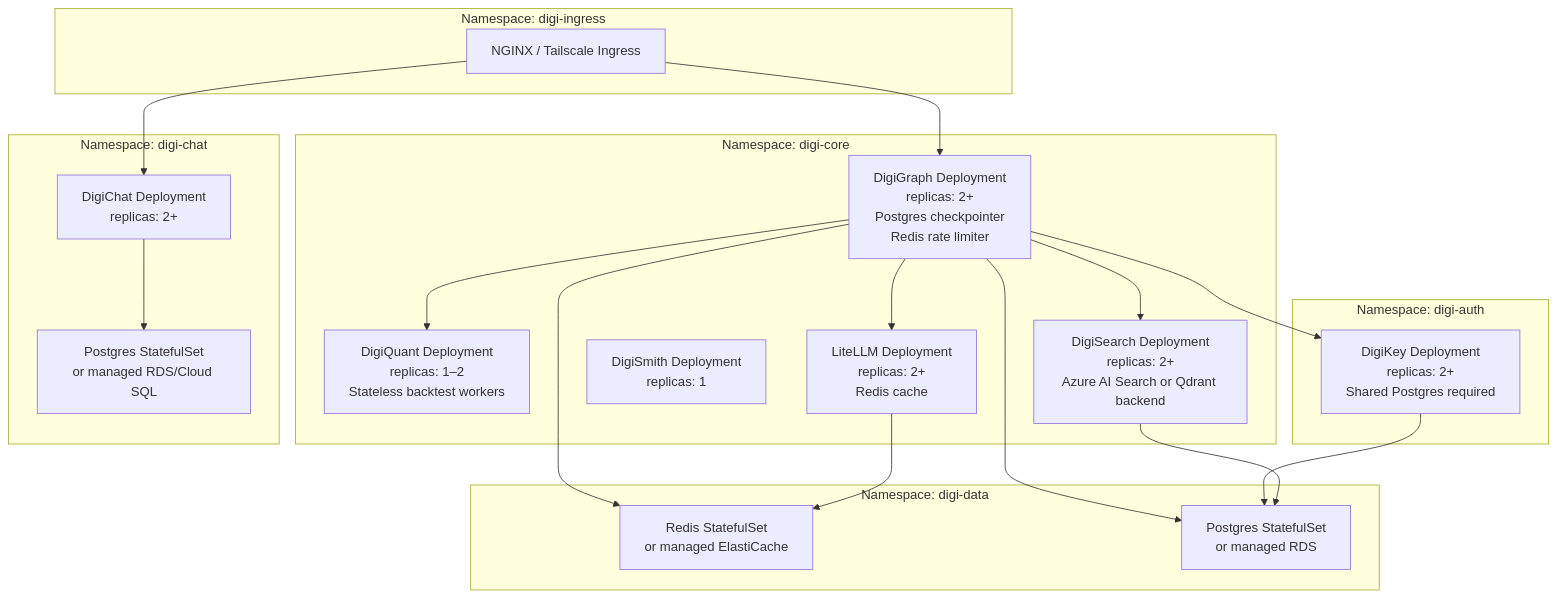
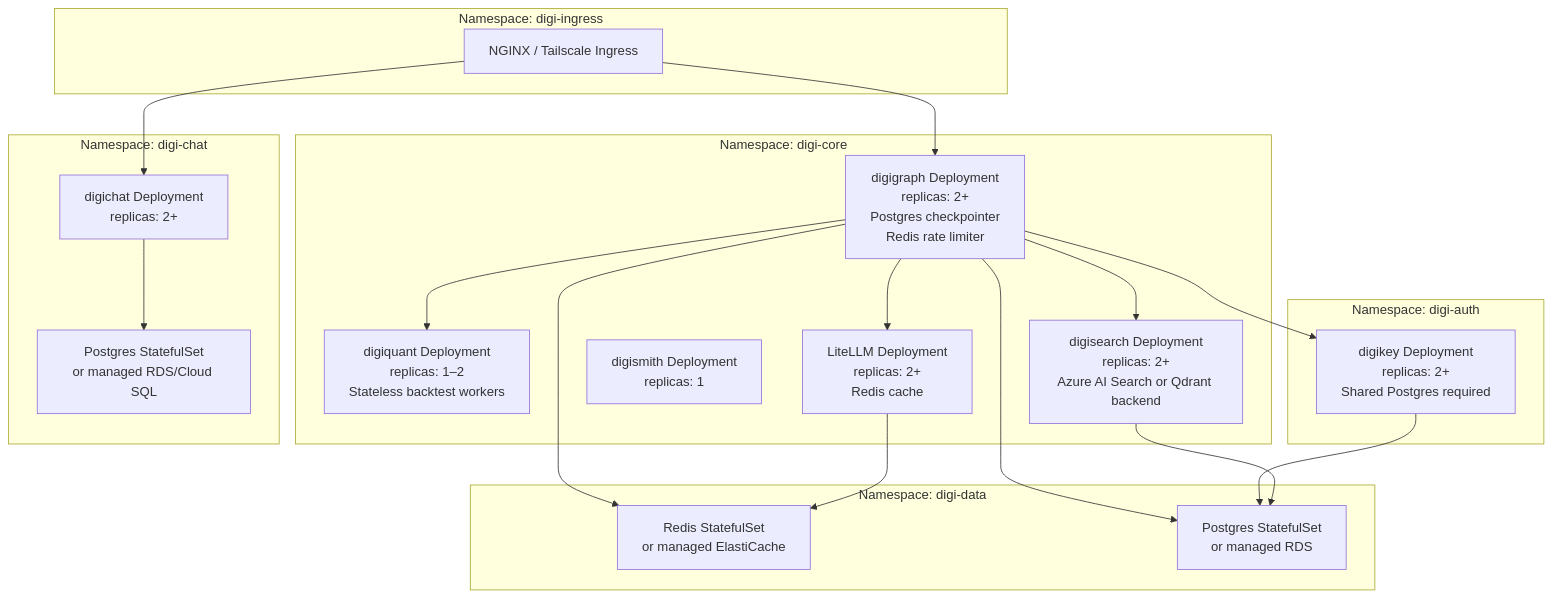
One commit to digithings-ai/digithings changed the fourth of 4 diagrams in ARCHITECTURE.md. Above: the diagram before and after it, drawn with Mermaid. The commit also changed other lines of this file and 583 other files, not shown here.

````diff
--- a/ARCHITECTURE.md
+++ b/ARCHITECTURE.md
@@ -477,36 +477,36 @@
 ```mermaid
 graph TD
     subgraph ns-ingress [Namespace: digi-ingress]
         Ingress[NGINX / Tailscale Ingress]
     end
     subgraph ns-core [Namespace: digi-core]
-        DG[DigiGraph Deployment\nreplicas: 2+\nPostgres checkpointer\nRedis rate limiter]
-        DQ[DigiQuant Deployment\nreplicas: 1–2\nStateless backtest workers]
-        DS[DigiSearch Deployment\nreplicas: 2+\nAzure AI Search or Qdrant backend]
-        SM[DigiSmith Deployment\nreplicas: 1]
+        DG[digigraph Deployment\nreplicas: 2+\nPostgres checkpointer\nRedis rate limiter]
+        DQ[digiquant Deployment\nreplicas: 1–2\nStateless backtest workers]
+        DS[digisearch Deployment\nreplicas: 2+\nAzure AI Search or Qdrant backend]
+        SM[digismith Deployment\nreplicas: 1]
         LM[LiteLLM Deployment\nreplicas: 2+\nRedis cache]
     end
     subgraph ns-auth [Namespace: digi-auth]
-        DK[DigiKey Deployment\nreplicas: 2+\nShared Postgres required]
+        DK[digikey Deployment\nreplicas: 2+\nShared Postgres required]
     end
     subgraph ns-chat [Namespace: digi-chat]
-        DC[DigiChat Deployment\nreplicas: 2+]
+        DC[digichat Deployment\nreplicas: 2+]
         DCDB[Postgres StatefulSet\nor managed RDS/Cloud SQL]
     end
     subgraph ns-data [Namespace: digi-data]
         Redis[Redis StatefulSet\nor managed ElastiCache]
         PG[Postgres StatefulSet\nor managed RDS]
     end
     Ingress --> DG
     Ingress --> DC
     DG --> DK
     DG --> DS
     DG --> DQ
     DG --> LM
     DG --> PG
     DG --> Redis
     DK --> PG
     DS --> PG
     DC --> DCDB
     LM --> Redis
 ```
````
